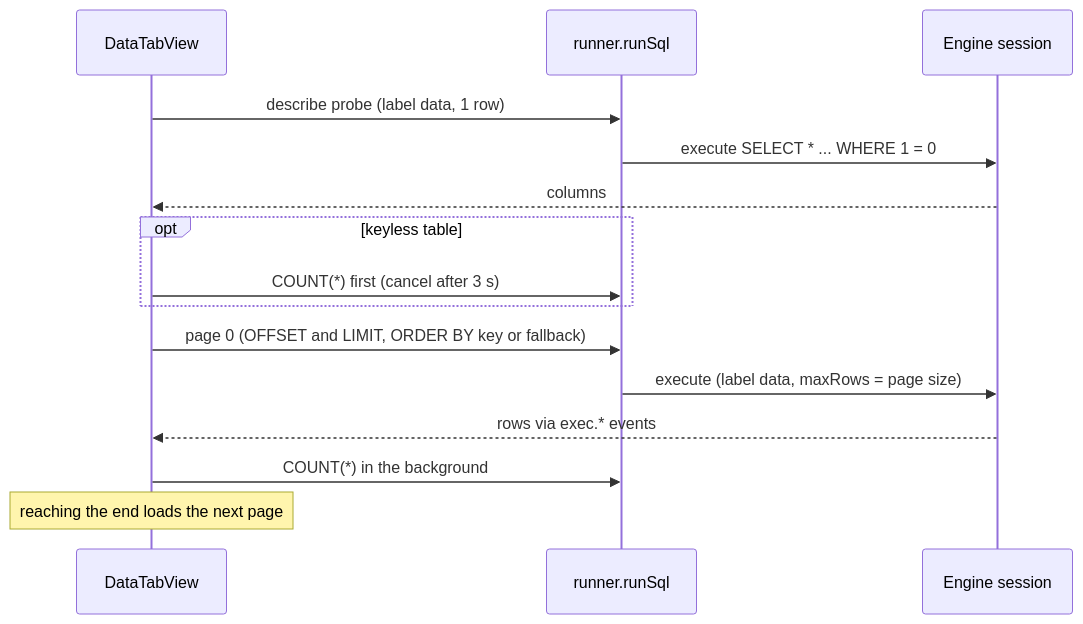
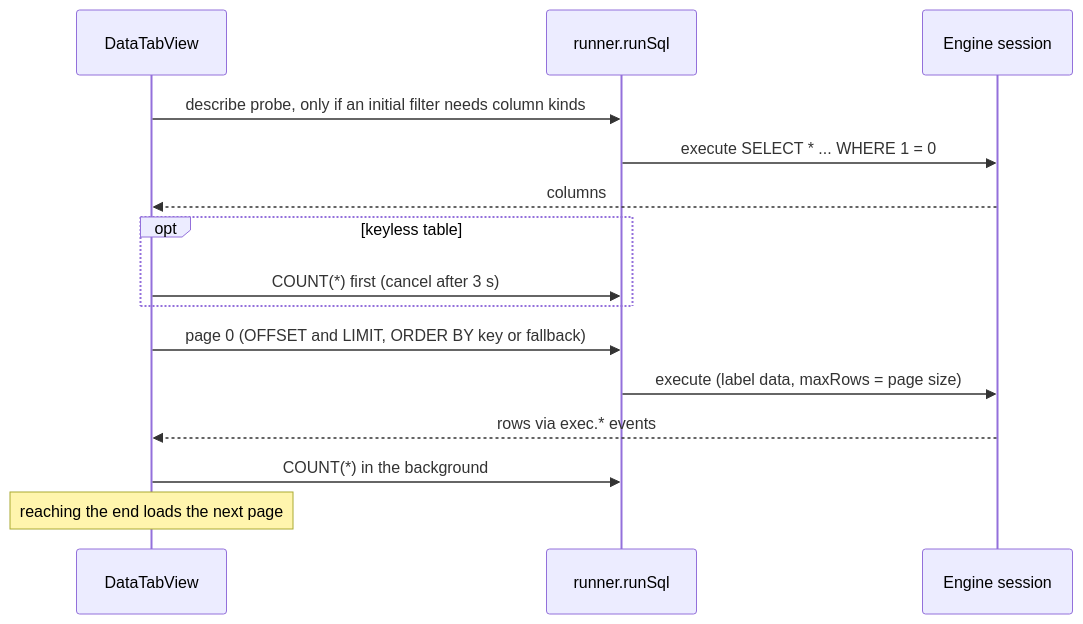
The third of 6 diagrams in docs/handbook/en/part2/13-results-grid-and-data-editing.md (hadirajabi80/rowlit), drawn with Mermaid before and after one commit. The commit also changed 1 other file, not shown here.

Commit message:
WIP handbook package F: chapters II-10..II-20 (in progress)

````diff
--- a/docs/handbook/en/part2/13-results-grid-and-data-editing.md
+++ b/docs/handbook/en/part2/13-results-grid-and-data-editing.md
@@ -113,17 +113,17 @@
 ```mermaid
 sequenceDiagram
     participant T as DataTabView
     participant Q as runner.runSql
     participant E as Engine session
-    T->>Q: describe probe (label data, 1 row)
+    T->>Q: describe probe, only if an initial filter needs column kinds
     Q->>E: execute SELECT * ... WHERE 1 = 0
     E-->>T: columns
     opt keyless table
         T->>Q: COUNT(*) first (cancel after 3 s)
     end
     T->>Q: page 0 (OFFSET and LIMIT, ORDER BY key or fallback)
     Q->>E: execute (label data, maxRows = page size)
     E-->>T: rows via exec.* events
     T->>Q: COUNT(*) in the background
     Note over T: reaching the end loads the next page
 ```
````
